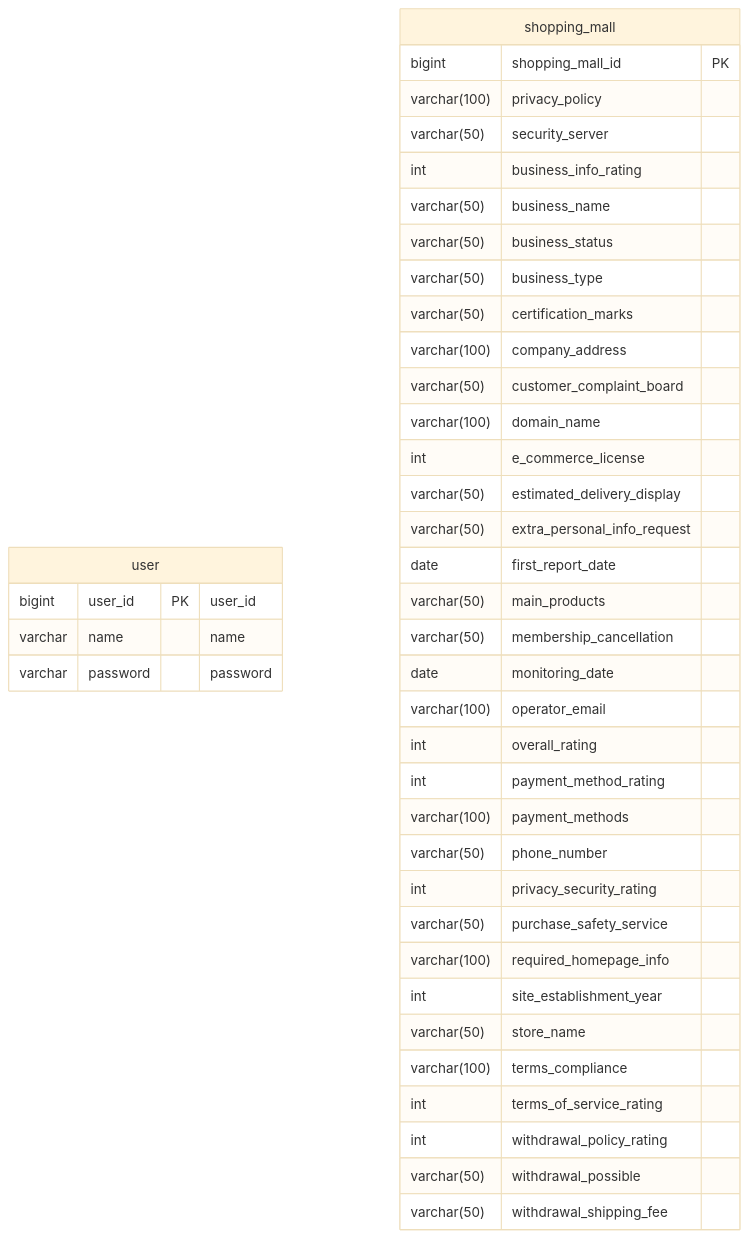
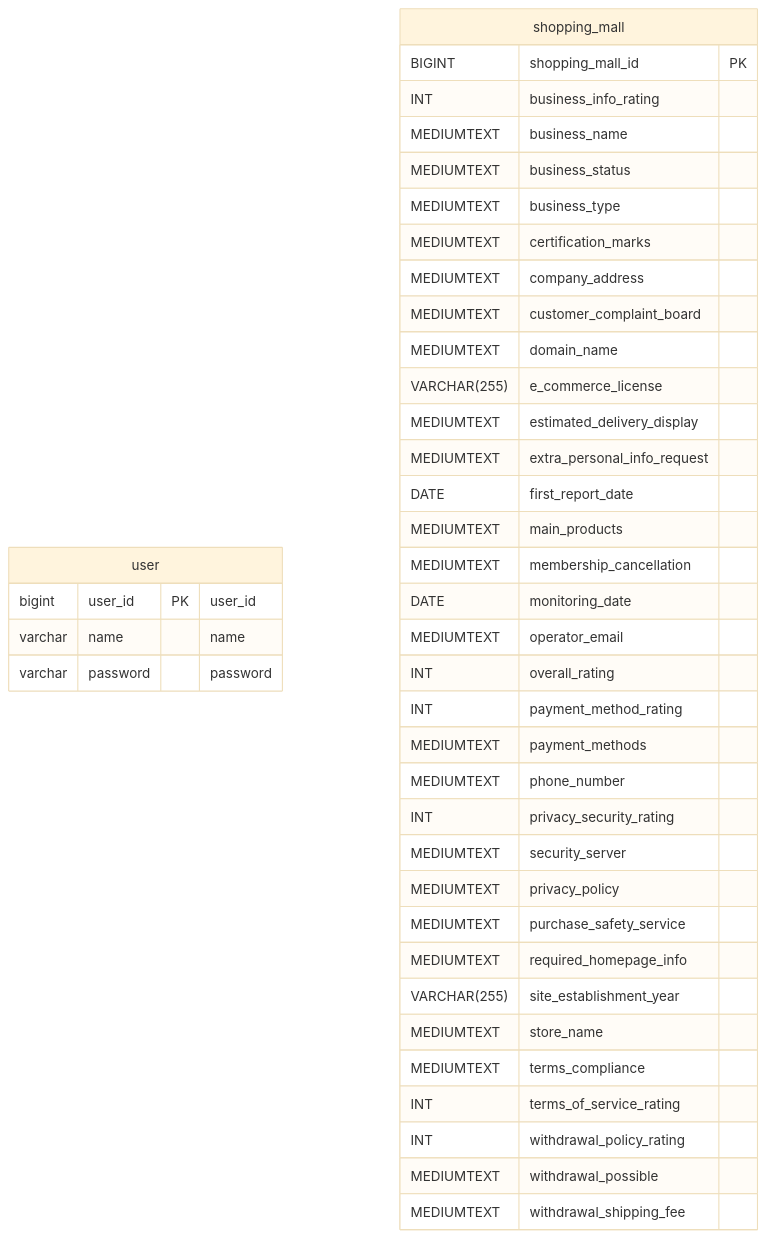
The diagram in README.md (zabastian/Shopping_mall), drawn with Mermaid (base theme) before and after one commit.

Commit message:
Fix : README ERD 수정

````diff
--- a/README.md
+++ b/README.md
@@ -40,46 +40,45 @@
 ```mermaid
 erDiagram
 
 user{
 bigint user_id PK "user_id"
 varchar name "name"
 varchar password "password"
 }
 
 shopping_mall {
-bigint shopping_mall_id PK
-varchar(100) privacy_policy
-
-varchar(50) security_server
-int business_info_rating
-varchar(50) business_name
-varchar(50) business_status
-varchar(50) business_type
-varchar(50) certification_marks
-varchar(100) company_address
-varchar(50) customer_complaint_board
-varchar(100) domain_name
-int e_commerce_license
-varchar(50) estimated_delivery_display
-varchar(50) extra_personal_info_request
-date  first_report_date
-varchar(50) main_products
-varchar(50) membership_cancellation
-date monitoring_date
-varchar(100) operator_email
-int overall_rating
-int payment_method_rating
-varchar(100) payment_methods
-varchar(50) phone_number
-int privacy_security_rating
-varchar(50) purchase_safety_service
-varchar(100) required_homepage_info
-int site_establishment_year
-varchar(50) store_name
-varchar(100) terms_compliance
-int terms_of_service_rating
-int withdrawal_policy_rating
-varchar(50) withdrawal_possible
-varchar(50) withdrawal_shipping_fee
+BIGINT shopping_mall_id PK
+INT business_info_rating
+MEDIUMTEXT business_name
+MEDIUMTEXT business_status
+MEDIUMTEXT business_type
+MEDIUMTEXT certification_marks
+MEDIUMTEXT company_address
+MEDIUMTEXT customer_complaint_board
+MEDIUMTEXT domain_name
+VARCHAR(255) e_commerce_license
+MEDIUMTEXT estimated_delivery_display
+MEDIUMTEXT extra_personal_info_request
+DATE  first_report_date
+MEDIUMTEXT main_products
+MEDIUMTEXT membership_cancellation
+DATE monitoring_date
+MEDIUMTEXT operator_email
+INT overall_rating
+INT payment_method_rating
+MEDIUMTEXT payment_methods
+MEDIUMTEXT phone_number
+INT privacy_security_rating
+MEDIUMTEXT security_server
+MEDIUMTEXT privacy_policy
+MEDIUMTEXT purchase_safety_service
+MEDIUMTEXT required_homepage_info
+VARCHAR(255) site_establishment_year
+MEDIUMTEXT store_name
+MEDIUMTEXT terms_compliance
+INT terms_of_service_rating
+INT withdrawal_policy_rating
+MEDIUMTEXT withdrawal_possible
+MEDIUMTEXT withdrawal_shipping_fee
 }
 ```
````
